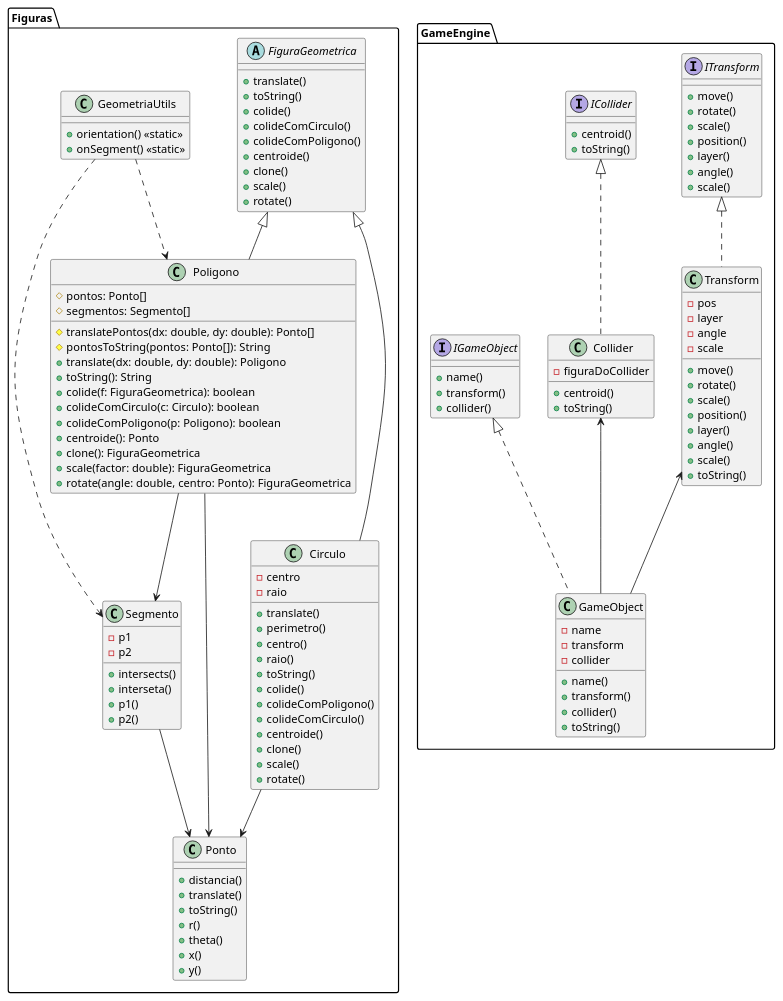
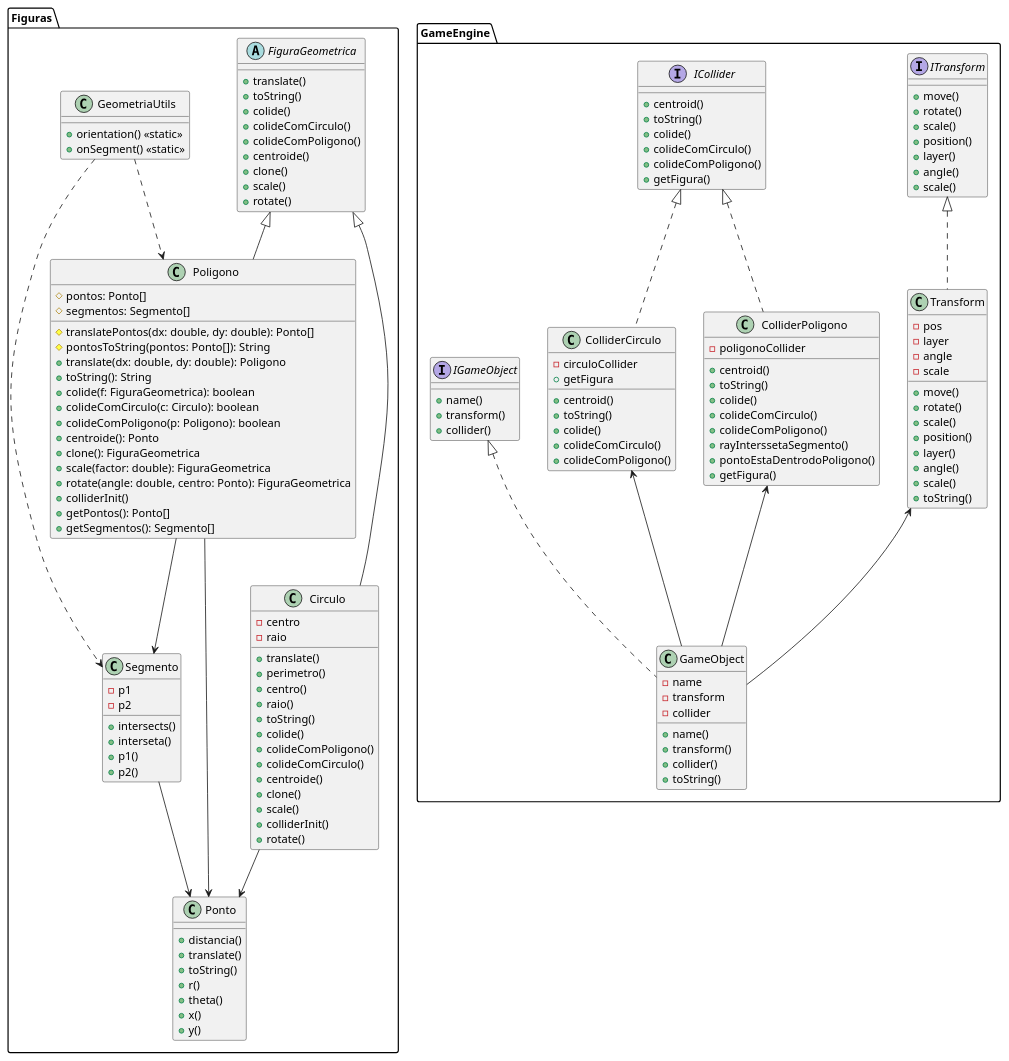
Before and after one commit to PantocaPipoca/javaGameEngine: the diagram in src/uml.puml, drawn with PlantUML. The commit also changed 8 other files, not shown here.

```diff
--- a/src/uml.puml
+++ b/src/uml.puml
@@ -1,139 +1,163 @@
 @startuml
 package Figuras {
 class Ponto {
     +distancia()
     +translate()
     +toString()
     +r()
     +theta()
     +x()
     +y()
 }
 class Segmento {
-
     -p1
     -p2
     +intersects()
     +interseta()
     +p1()
     +p2()
 }
 abstract class FiguraGeometrica {
     +translate()
     +toString()
     +colide()
     +colideComCirculo()
     +colideComPoligono()
     +centroide()
     +clone()
     +scale()
     +rotate()
 }
 class Circulo {
     -centro
     -raio
     +translate()
     +perimetro()
     +centro()
     +raio()
     +toString()
     +colide()
     +colideComPoligono()
     +colideComCirculo()
     +centroide()
     +clone()
     +scale()
+    +colliderInit()
     +rotate()
 }
 class Poligono {
     # pontos: Ponto[]
     # segmentos: Segmento[]
-
     # translatePontos(dx: double, dy: double): Ponto[]
     # pontosToString(pontos: Ponto[]): String
     + translate(dx: double, dy: double): Poligono
     + toString(): String
     + colide(f: FiguraGeometrica): boolean
     + colideComCirculo(c: Circulo): boolean
     + colideComPoligono(p: Poligono): boolean
     + centroide(): Ponto
     + clone(): FiguraGeometrica
     + scale(factor: double): FiguraGeometrica
     + rotate(angle: double, centro: Ponto): FiguraGeometrica
+    +colliderInit()
+    +getPontos(): Ponto[]
+    +getSegmentos(): Segmento[]
 }
 
 class GeometriaUtils {
     +orientation() <<static>>
     +onSegment() <<static>>
 }
 
 FiguraGeometrica <|-- Circulo
 FiguraGeometrica <|-- Poligono
 Segmento --> Ponto
 Poligono --> Segmento
 Poligono --> Ponto
 Circulo --> Ponto
 GeometriaUtils ..> Segmento
 GeometriaUtils ..> Poligono
 }
 
 package GameEngine {
 interface ITransform {
     +move()
     +rotate()
     +scale()
     +position()
     +layer()
     +angle()
     +scale()
 }
 
 class Transform {
     -pos
     -layer
     -angle
     -scale
     +move()
     +rotate()
     +scale()
     +position()
     +layer()
     +angle()
     +scale()
     +toString()
 }
 
 interface ICollider {
     +centroid()
     +toString()
+    +colide()
+    +colideComCirculo()
+    +colideComPoligono()
+    +getFigura()
 }
 
-class Collider {
-    -figuraDoCollider
+class ColliderCirculo {
+    -circuloCollider
     +centroid()
     +toString()
+    +colide()
+    +colideComCirculo()
+    +colideComPoligono()
+    +getFigura
+}
+
+class ColliderPoligono {
+    -poligonoCollider
+    +centroid()
+    +toString()
+    +colide()
+    +colideComCirculo()
+    +colideComPoligono()
+    +rayInterssetaSegmento()
+    +pontoEstaDentrodoPoligono()
+    +getFigura()
 }
 
 interface IGameObject {
     +name()
     +transform()
     +collider()
 }
 
 class GameObject {
     -name
     -transform
     -collider
     +name()
     +transform()
     +collider()
     +toString()
 }
 
 ITransform <|.. Transform
-ICollider <|.. Collider
+ICollider <|.. ColliderCirculo
+ICollider <|.. ColliderPoligono
 IGameObject <|.. GameObject
 Transform <-- GameObject
-Collider <-- GameObject
+ColliderCirculo <-- GameObject
+ColliderPoligono <-- GameObject
 }
 @enduml
```
